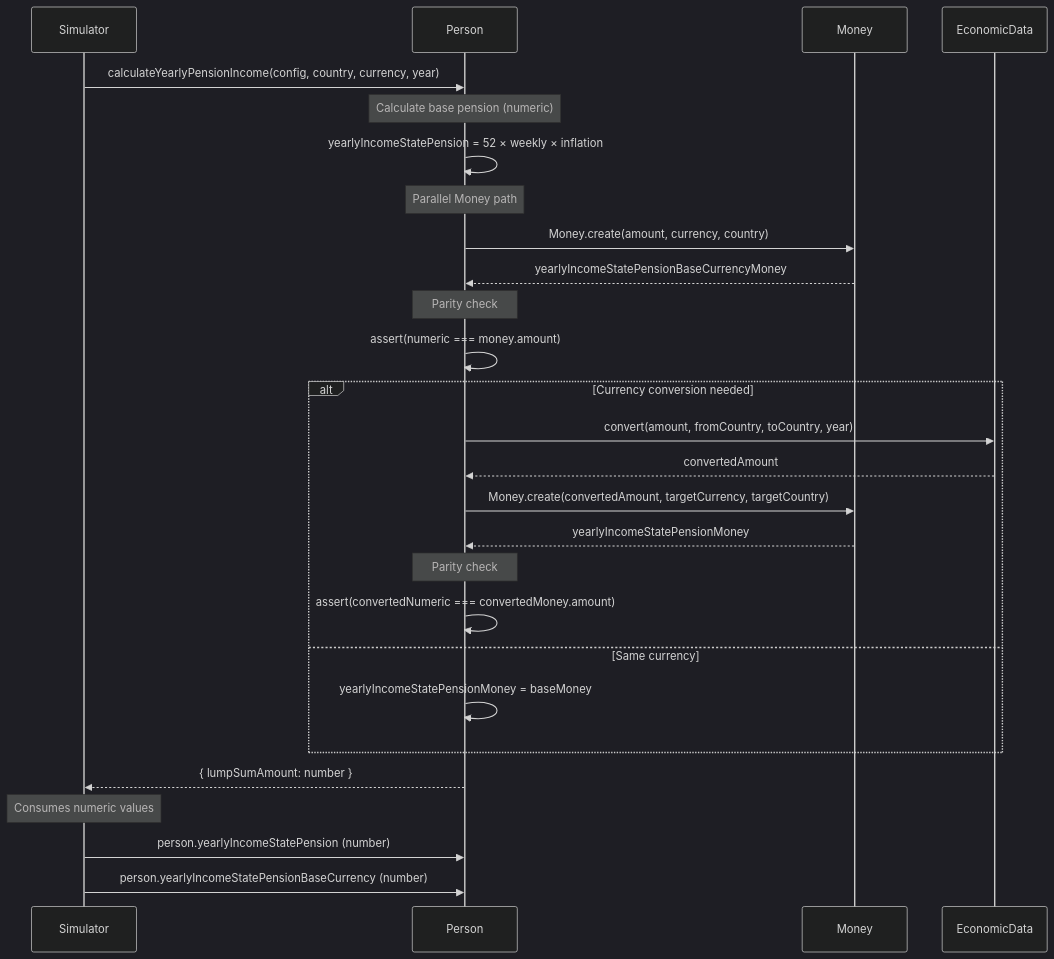
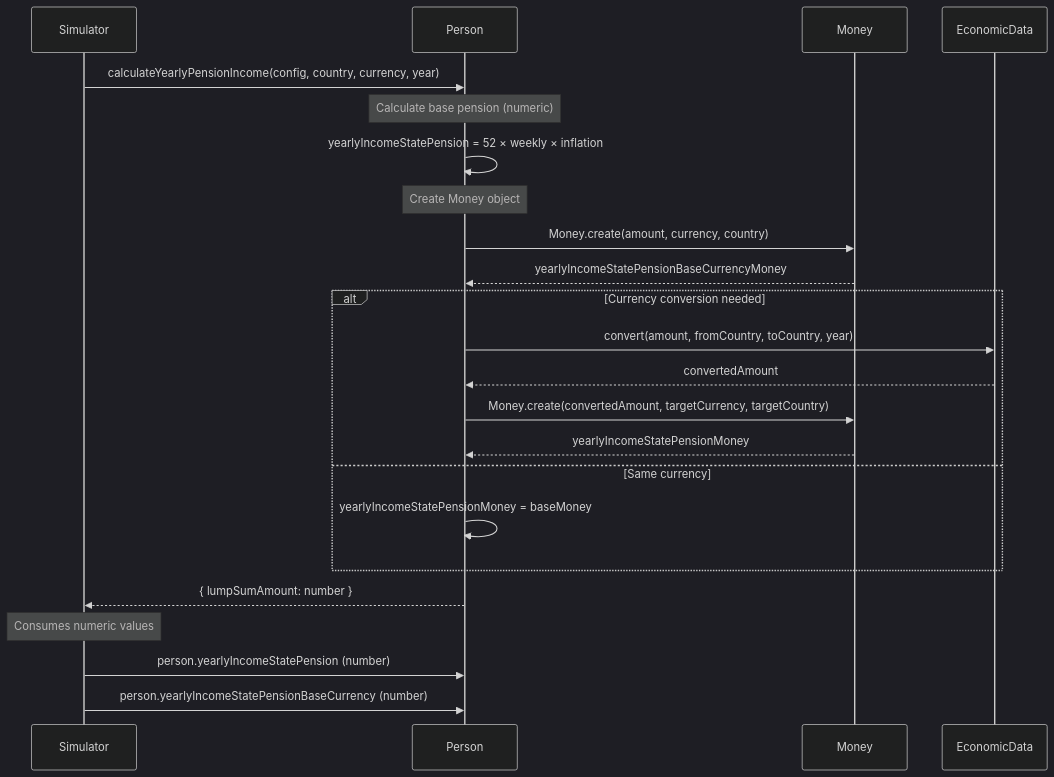
Before and after one commit to jhandl/FinSim: the diagram in docs/money-architecture.md, drawn with Mermaid (dark theme). The commit also changed other lines of this file and 32 other files, not shown here.

````diff
--- a/docs/money-architecture.md
+++ b/docs/money-architecture.md
@@ -43,37 +32,31 @@
 ```mermaid
 sequenceDiagram
     participant S as Simulator
     participant P as Person
     participant M as Money
     participant E as EconomicData
 
     S->>P: calculateYearlyPensionIncome(config, country, currency, year)
     
     Note over P: Calculate base pension (numeric)
     P->>P: yearlyIncomeStatePension = 52 × weekly × inflation
     
-    Note over P: Parallel Money path
+    Note over P: Create Money object
     P->>M: Money.create(amount, currency, country)
     M-->>P: yearlyIncomeStatePensionBaseCurrencyMoney
-    
-    Note over P: Parity check #1
-    P->>P: assert(numeric === money.amount)
     
     alt Currency conversion needed
         P->>E: convert(amount, fromCountry, toCountry, year)
         E-->>P: convertedAmount
         P->>M: Money.create(convertedAmount, targetCurrency, targetCountry)
         M-->>P: yearlyIncomeStatePensionMoney
-        
-        Note over P: Parity check #2
-        P->>P: assert(convertedNumeric === convertedMoney.amount)
     else Same currency
         P->>P: yearlyIncomeStatePensionMoney = baseMoney
     end
     
     P-->>S: { lumpSumAmount: number }
     
     Note over S: Consumes numeric values
     S->>P: person.yearlyIncomeStatePension (number)
     S->>P: person.yearlyIncomeStatePensionBaseCurrency (number)
 ```
````
